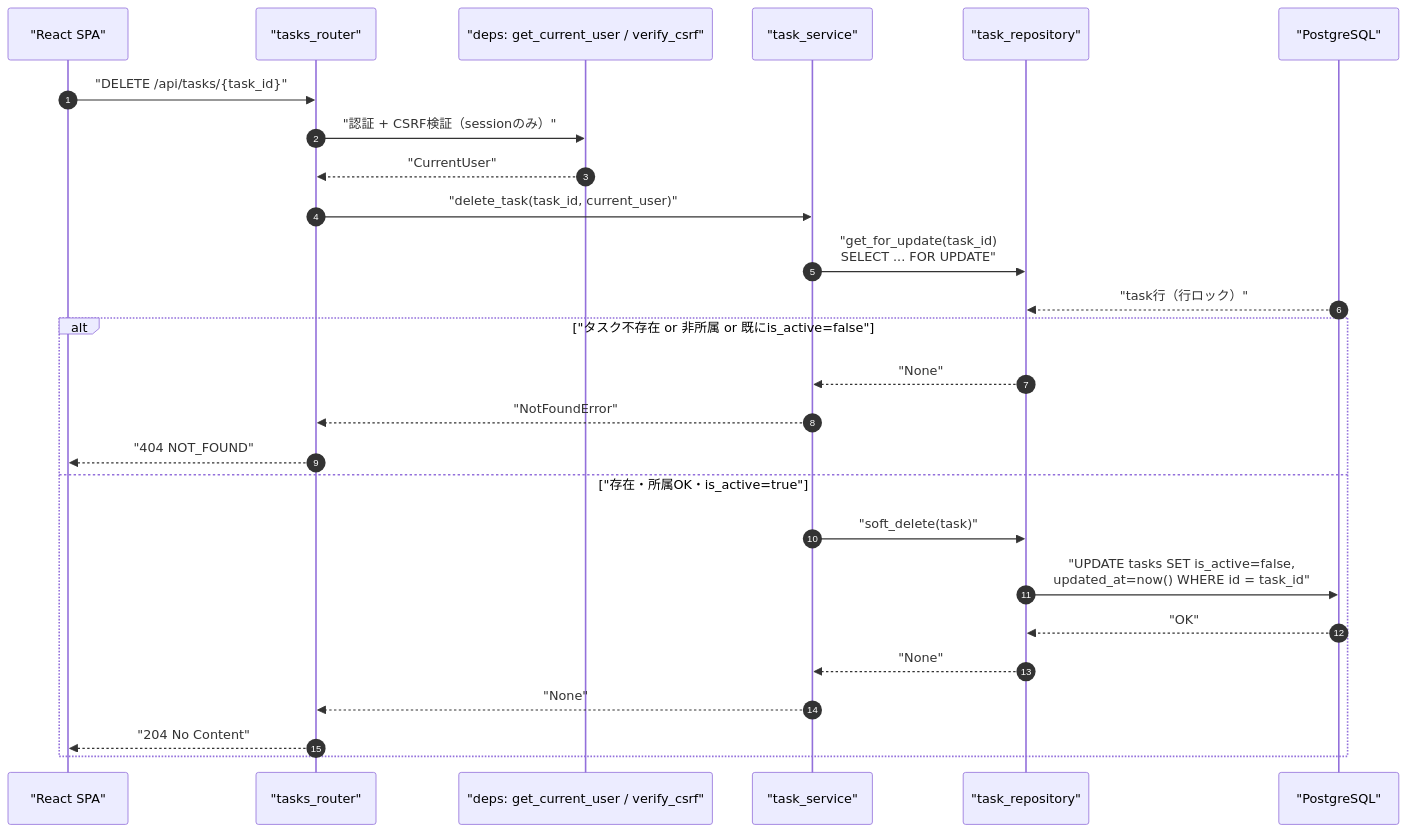
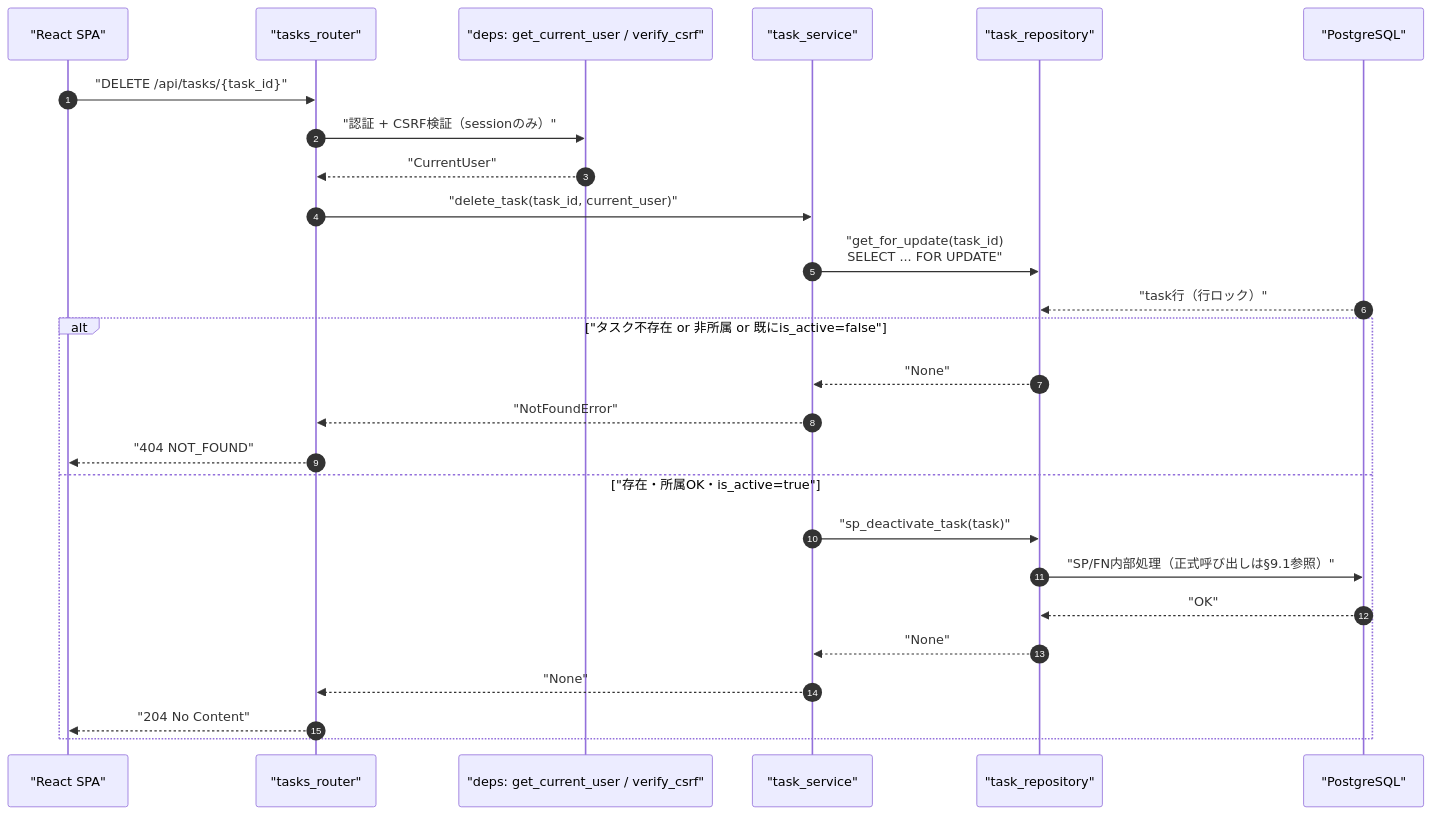
Before and after one commit to oikawa-d/task_management: the first of 4 diagrams in detailed_design/api/tasks/05_delete_task.md, drawn with Mermaid. The commit also changed other lines of this file and 58 other files, not shown here.

````diff
--- a/detailed_design/api/tasks/05_delete_task.md
+++ b/detailed_design/api/tasks/05_delete_task.md
@@ -65,29 +65,29 @@
 ```mermaid
 sequenceDiagram
     autonumber
     participant FE as "React SPA"
     participant R as "tasks_router"
     participant D as "deps: get_current_user / verify_csrf"
     participant S as "task_service"
     participant TR as "task_repository"
     participant PG as "PostgreSQL"
 
     FE->>R: "DELETE /api/tasks/{task_id}"
     R->>D: "認証 + CSRF検証（sessionのみ）"
     D-->>R: "CurrentUser"
     R->>S: "delete_task(task_id, current_user)"
     S->>TR: "get_for_update(task_id)<br/>SELECT ... FOR UPDATE"
     PG-->>TR: "task行（行ロック）"
     alt "タスク不存在 or 非所属 or 既にis_active=false"
         TR-->>S: "None"
         S-->>R: "NotFoundError"
         R-->>FE: "404 NOT_FOUND"
     else "存在・所属OK・is_active=true"
-        S->>TR: "soft_delete(task)"
-        TR->>PG: "UPDATE tasks SET is_active=false,<br/>updated_at=now() WHERE id = task_id"
+        S->>TR: "sp_deactivate_task(task)"
+        TR->>PG: "SP/FN内部処理（正式呼び出しは§9.1参照）"
         PG-->>TR: "OK"
         TR-->>S: "None"
         S-->>R: "None"
         R-->>FE: "204 No Content"
     end
 ```
````
